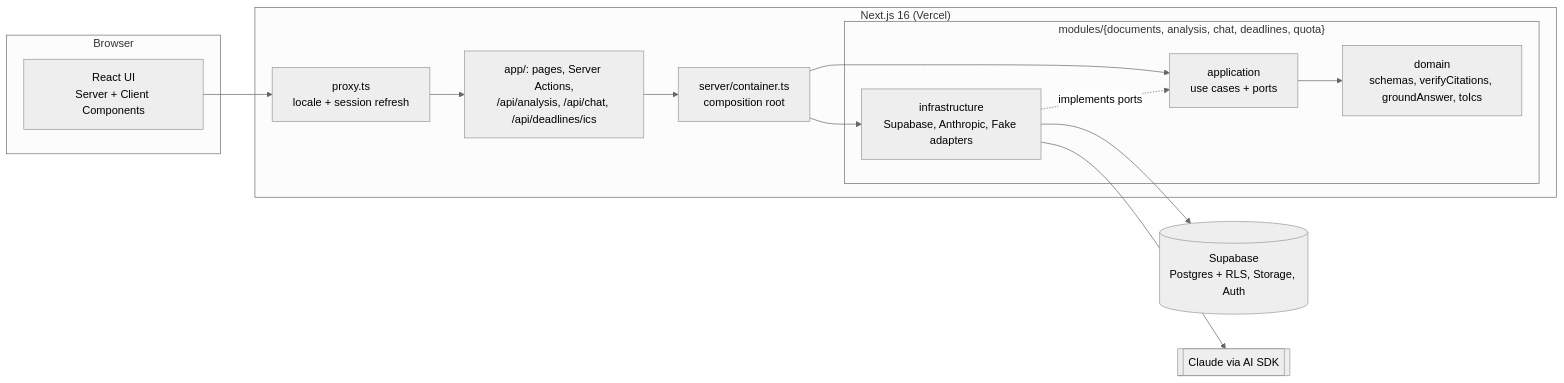
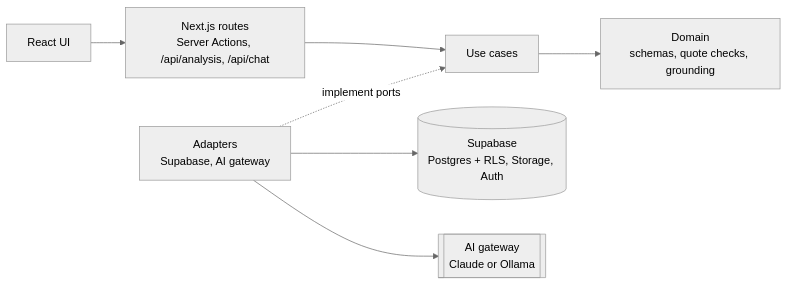
The diagram in README.md (Paulherveph/plainly), drawn with Mermaid (neutral theme) before and after one commit. The commit also changed other lines of this file and 2 other files, not shown here.

First line of the commit message:
docs: Ollama guide and a getting-started README

````diff
--- a/README.md
+++ b/README.md
@@ -23,25 +177,9 @@
 ```mermaid
 flowchart LR
-  subgraph Browser
-    UI[React UI<br/>Server + Client Components]
-  end
-  subgraph Next["Next.js 16 (Vercel)"]
-    Proxy[proxy.ts<br/>locale + session refresh]
-    Routes[app/: pages, Server Actions,<br/>/api/analysis, /api/chat, /api/deadlines/ics]
-    Container[server/container.ts<br/>composition root]
-    subgraph Modules["modules/{documents, analysis, chat, deadlines, quota}"]
-      Domain[domain<br/>schemas, verifyCitations, groundAnswer, toIcs]
-      App[application<br/>use cases + ports]
-      Infra[infrastructure<br/>Supabase, Anthropic, Fake adapters]
-    end
-  end
-  Supabase[(Supabase<br/>Postgres + RLS, Storage, Auth)]
-  Claude[[Claude via AI SDK]]
-
-  UI --> Proxy --> Routes --> Container
-  Container --> App --> Domain
-  Infra -. implements ports .-> App
-  Container --> Infra
-  Infra --> Supabase
-  Infra --> Claude
+  UI[React UI] --> Routes[Next.js routes<br/>Server Actions, /api/analysis, /api/chat]
+  Routes --> App[Use cases]
+  App --> Domain[Domain<br/>schemas, quote checks, grounding]
+  Infra[Adapters<br/>Supabase, AI gateway] -. implement ports .-> App
+  Infra --> Supabase[(Supabase<br/>Postgres + RLS, Storage, Auth)]
+  Infra --> AI[[AI gateway<br/>Claude or Ollama]]
 ```
````
